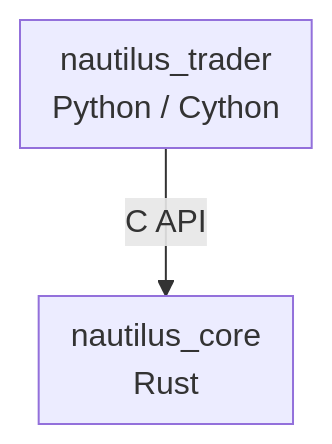
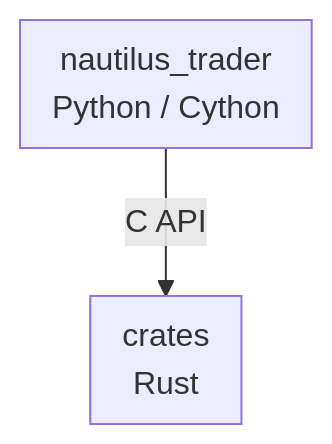
The third of 4 diagrams in docs/concepts/architecture.md (gptcompany/nautilus_dev), drawn with Mermaid before and after one commit. The commit also changed other lines of this file and 15 other files, not shown here.

````diff
--- a/docs/concepts/architecture.md
+++ b/docs/concepts/architecture.md
@@ -492,10 +492,10 @@
 ```mermaid
 flowchart TB
     subgraph trader["nautilus_trader<br/>Python / Cython"]
     end
 
-    subgraph core["nautilus_core<br/>Rust"]
+    subgraph core["crates<br/>Rust"]
     end
 
     trader -->|"C API"| core
 ```
````
